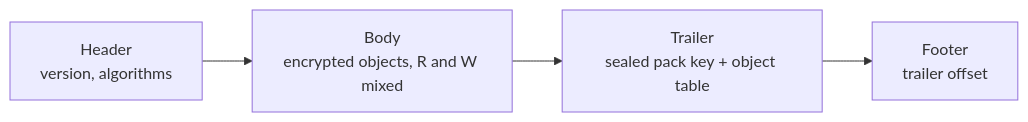
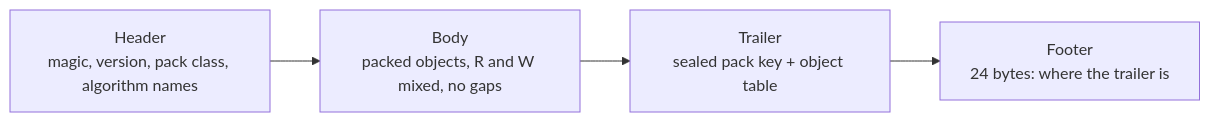
Before and after one commit to nilperit/nilperit: the second of 4 diagrams in docs/overview.md, drawn with Mermaid. The commit also changed other lines of this file and 5 other files, not shown here.

````diff
--- a/docs/overview.md
+++ b/docs/overview.md
@@ -86,4 +86,4 @@
 ```mermaid
 flowchart LR
-    H["Header<br/>version, algorithms"] --> B["Body<br/>encrypted objects, R and W mixed"] --> T["Trailer<br/>sealed pack key + object table"] --> F["Footer<br/>trailer offset"]
+    H["Header<br/>magic, version, pack class, algorithm names"] --> B["Body<br/>packed objects, R and W mixed, no gaps"] --> T["Trailer<br/>sealed pack key + object table"] --> F["Footer<br/>24 bytes: where the trailer is"]
 ```
````
